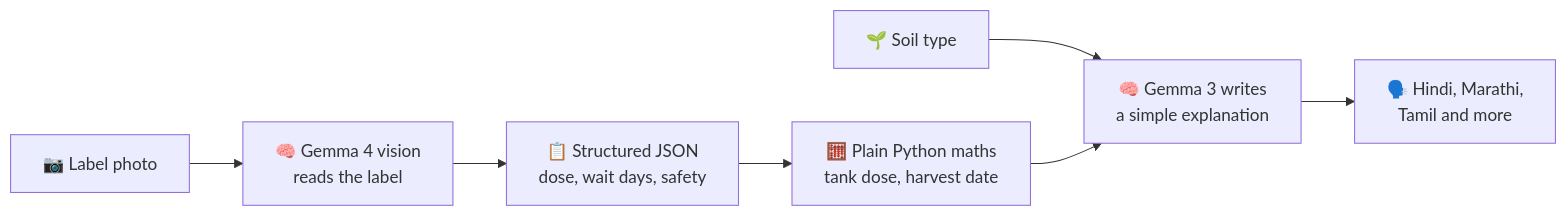
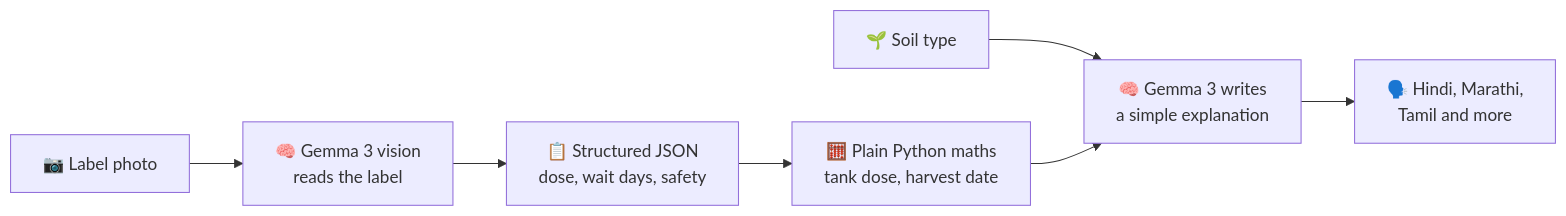
One commit to PrinceVerma44/Pesticide-Label-Reader-for-Indian-Farmers-Spooky_Wookys changed the diagram in README.md. Above: the diagram before and after it, drawn with Mermaid. The commit also changed other lines of this file, not shown here.

````diff
--- a/README.md
+++ b/README.md
@@ -55,9 +55,9 @@
 ```mermaid
 flowchart LR
-    A["📷 Label photo"] --> B["🧠 Gemma 4 vision<br/>reads the label"]
+    A["📷 Label photo"] --> B["🧠 Gemma 3 vision<br/>reads the label"]
     B --> C["📋 Structured JSON<br/>dose, wait days, safety"]
     C --> D["🧮 Plain Python maths<br/>tank dose, harvest date"]
     S["🌱 Soil type"] --> E
     D --> E["🧠 Gemma 3 writes<br/>a simple explanation"]
     E --> F["🗣️ Hindi, Marathi,<br/>Tamil and more"]
 ```
````
